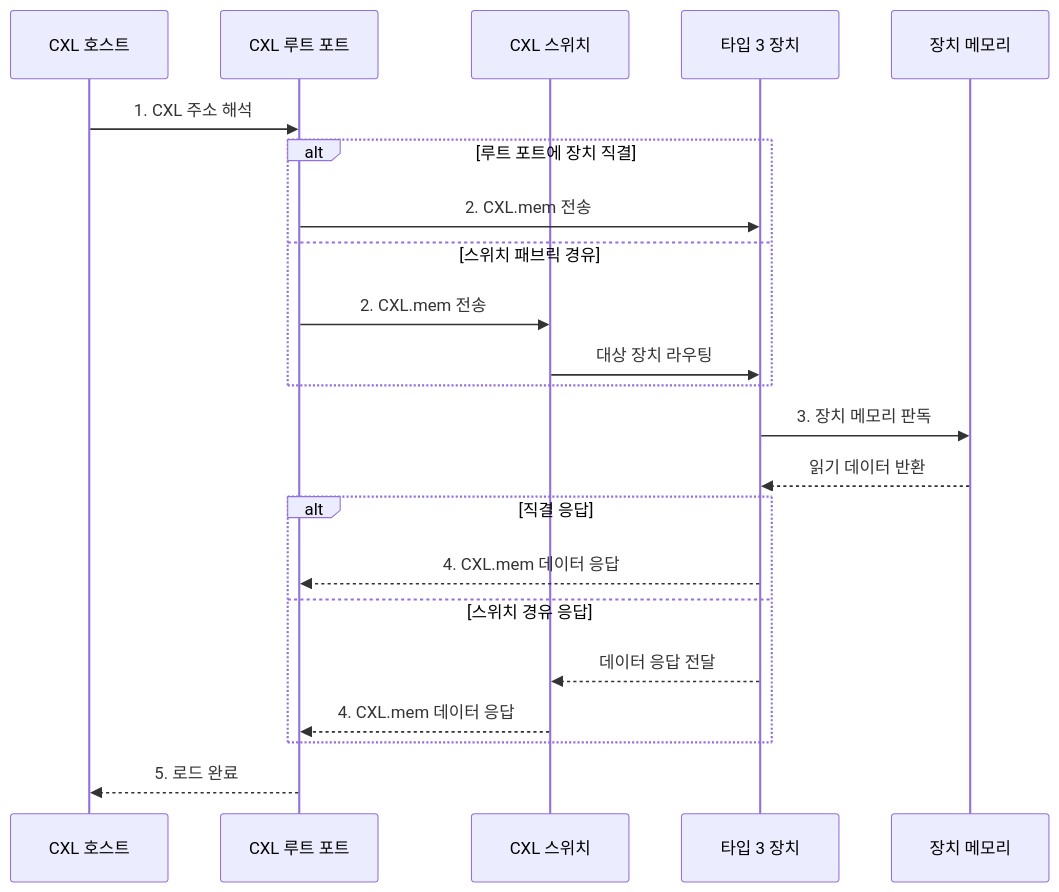
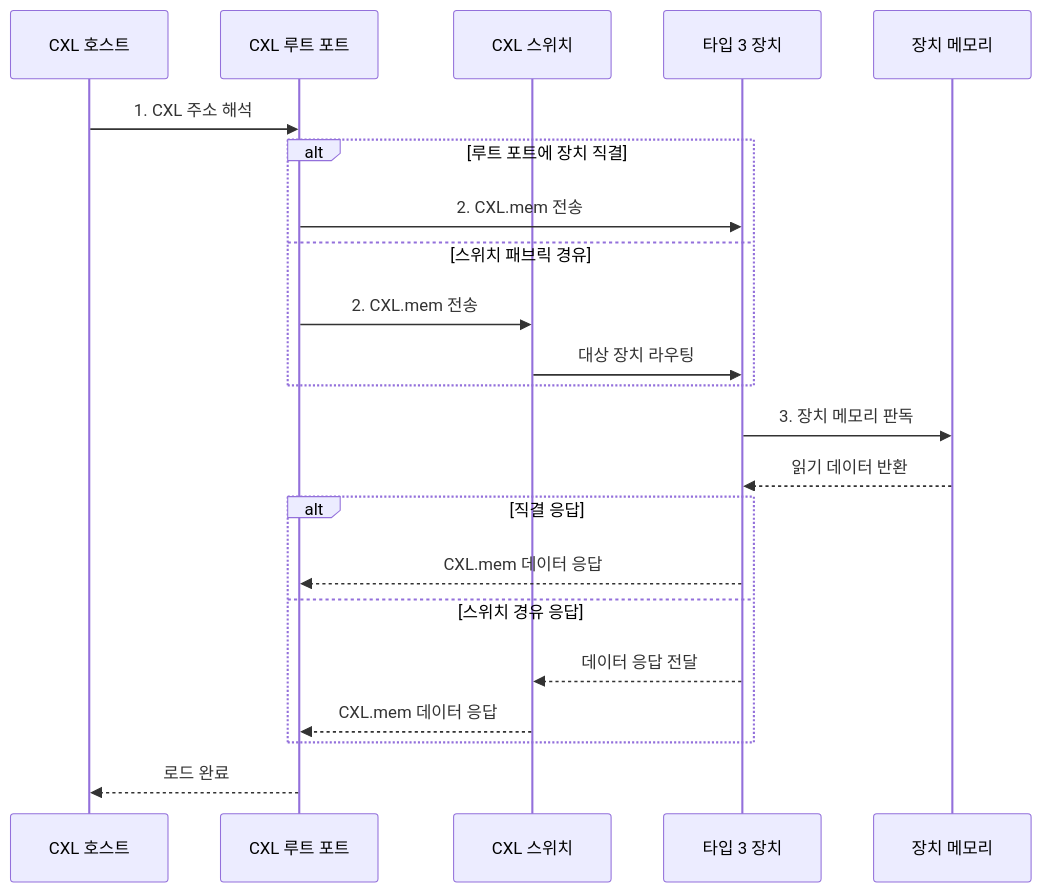
One commit to agnusdei1207/knowledge-base changed the second of 2 diagrams in src/content/docs/notes/02-hardware/028_cxl.md. Above: the diagram before and after it, drawn with Mermaid. The commit also changed other lines of this file and 20 other files, not shown here.

````diff
--- a/src/content/docs/notes/02-hardware/028_cxl.md
+++ b/src/content/docs/notes/02-hardware/028_cxl.md
@@ -85,25 +86,25 @@
 ```mermaid
 sequenceDiagram
     participant H as CXL 호스트
     participant R as CXL 루트 포트
     participant S as CXL 스위치
     participant D as 타입 3 장치
     participant M as 장치 메모리
 
     H->>R: 1. CXL 주소 해석
     alt 루트 포트에 장치 직결
         R->>D: 2. CXL.mem 전송
     else 스위치 패브릭 경유
         R->>S: 2. CXL.mem 전송
         S->>D: 대상 장치 라우팅
     end
     D->>M: 3. 장치 메모리 판독
     M-->>D: 읽기 데이터 반환
     alt 직결 응답
-        D-->>R: 4. CXL.mem 데이터 응답
+        D-->>R: CXL.mem 데이터 응답
     else 스위치 경유 응답
         D-->>S: 데이터 응답 전달
-        S-->>R: 4. CXL.mem 데이터 응답
+        S-->>R: CXL.mem 데이터 응답
     end
-    R-->>H: 5. 로드 완료
+    R-->>H: 로드 완료
 ```
````
